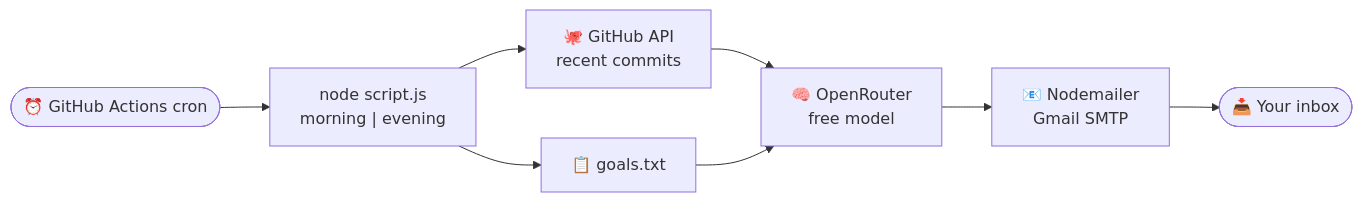
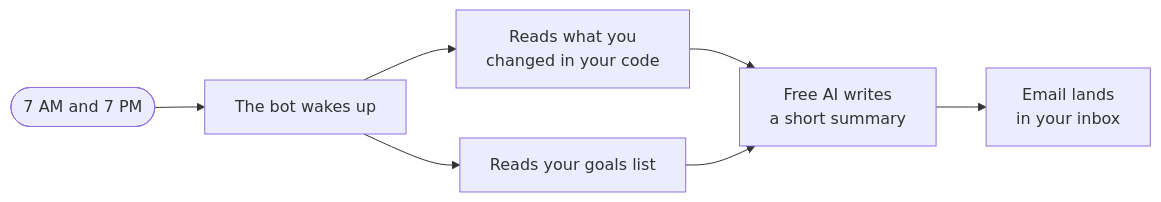
The first of 2 diagrams in README.md (F0rger123/daily-email-bot), drawn with Mermaid before and after one commit. The commit also changed other lines of this file and 2 other files, not shown here.

First line of the commit message:
docs: plain-English diagrams and an AI guide for pasted links [skip ci]

````diff
--- a/README.md
+++ b/README.md
@@ -37,8 +42,9 @@
 ```mermaid
 flowchart LR
-    Cron(["⏰ GitHub Actions cron"]) --> Script["node script.js<br/>morning | evening"]
-    Script --> GH["🐙 GitHub API<br/>recent commits"]
-    Script --> Goals["📋 goals.txt"]
-    GH & Goals --> LLM["🧠 OpenRouter<br/>free model"]
-    LLM --> Mail["📧 Nodemailer<br/>Gmail SMTP"] --> Inbox(["📥 Your inbox"])
+    Clock(["7 AM and 7 PM"]) --> Bot["The bot wakes up"]
+    Bot --> Work["Reads what you<br/>changed in your code"]
+    Bot --> Goals["Reads your goals list"]
+    Work --> AI["Free AI writes<br/>a short summary"]
+    Goals --> AI
+    AI --> Mail["Email lands<br/>in your inbox"]
 ```
````
